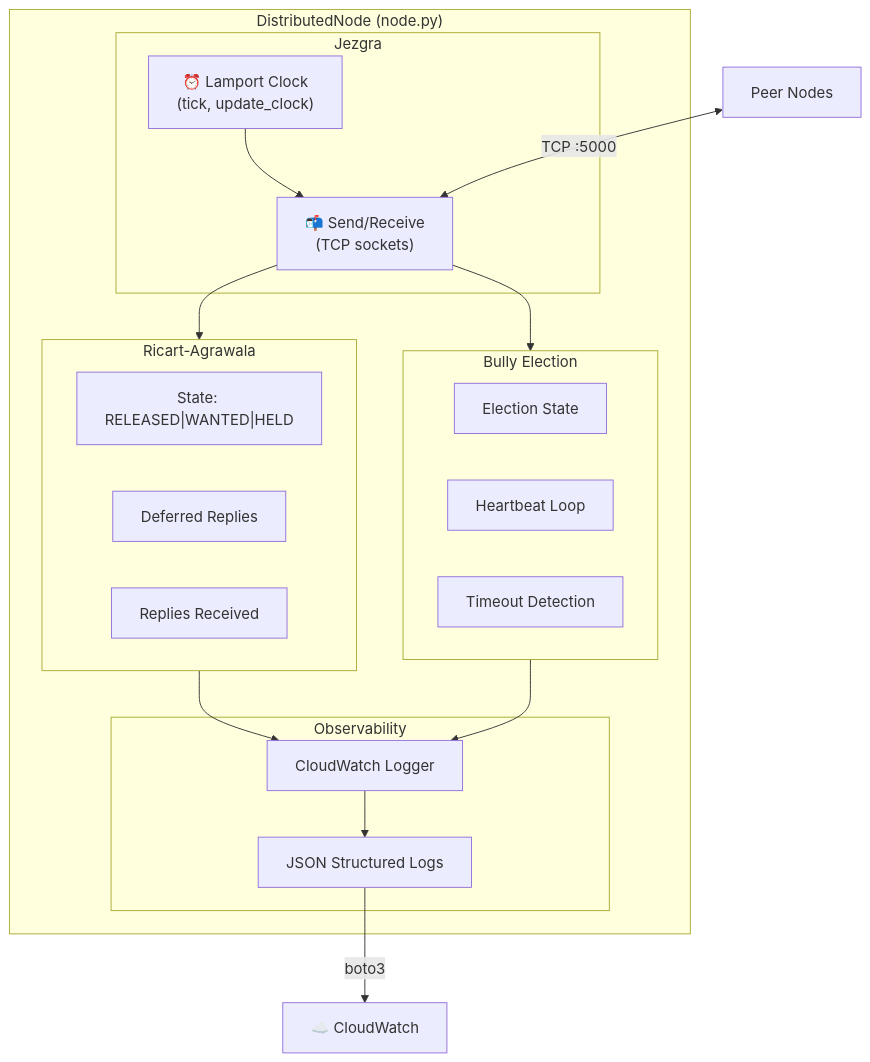
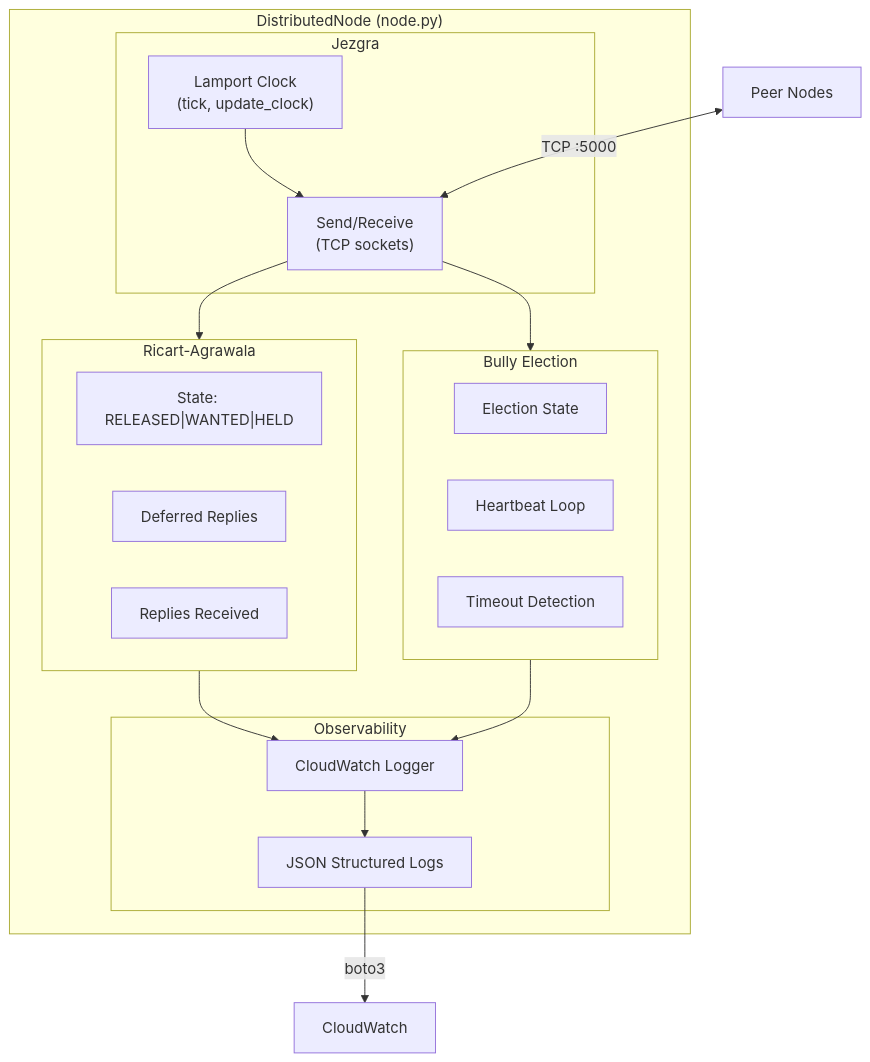
One commit to mapokapo/drs-p2-project changed the fourth of 6 diagrams in docs/architecture.md. Above: the diagram before and after it, drawn with Mermaid. The commit also changed other lines of this file, not shown here.

````diff
--- a/docs/architecture.md
+++ b/docs/architecture.md
@@ -116,36 +116,36 @@
 ```mermaid
 flowchart TB
     subgraph Node["DistributedNode (node.py)"]
         subgraph Core["Jezgra"]
-            LC["⏰ Lamport Clock<br/>(tick, update_clock)"]
-            SM["📬 Send/Receive<br/>(TCP sockets)"]
+            LC["Lamport Clock<br/>(tick, update_clock)"]
+            SM["Send/Receive<br/>(TCP sockets)"]
         end
 
         subgraph Mutex["Ricart-Agrawala"]
             MS["State: RELEASED|WANTED|HELD"]
             DR["Deferred Replies"]
             RR["Replies Received"]
         end
 
         subgraph Leader["Bully Election"]
             ES["Election State"]
             HB["Heartbeat Loop"]
             TO["Timeout Detection"]
         end
 
         subgraph Logging["Observability"]
             CW["CloudWatch Logger"]
             JS["JSON Structured Logs"]
         end
 
         LC --> SM
         SM --> Mutex
         SM --> Leader
         Mutex --> CW
         Leader --> CW
         CW --> JS
     end
 
     Peers["Peer Nodes"] <-->|"TCP :5000"| SM
-    JS -->|"boto3"| CloudWatch["☁️ CloudWatch"]
+    JS -->|"boto3"| CloudWatch["CloudWatch"]
 ```
````
